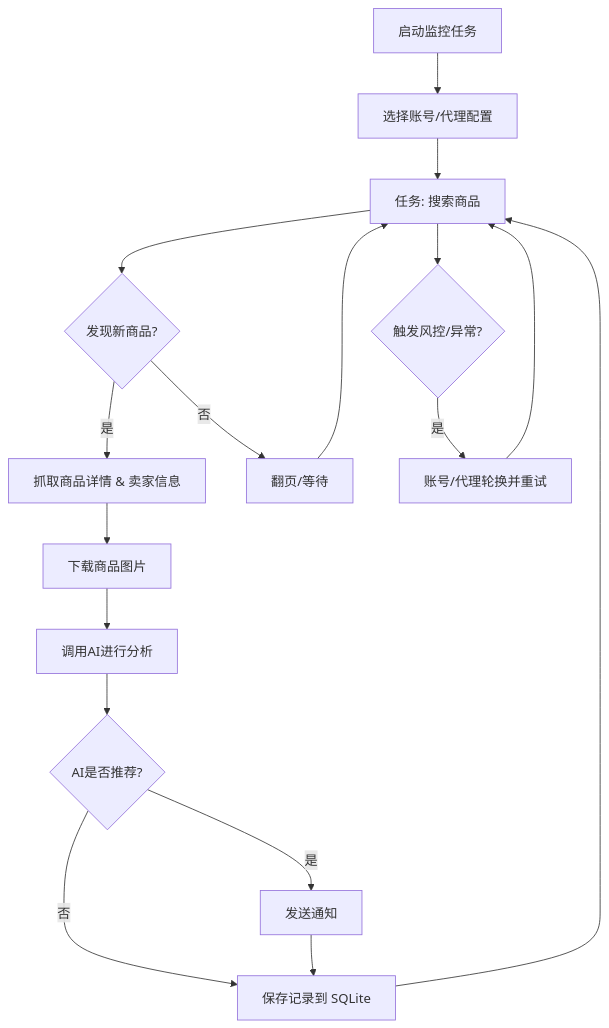
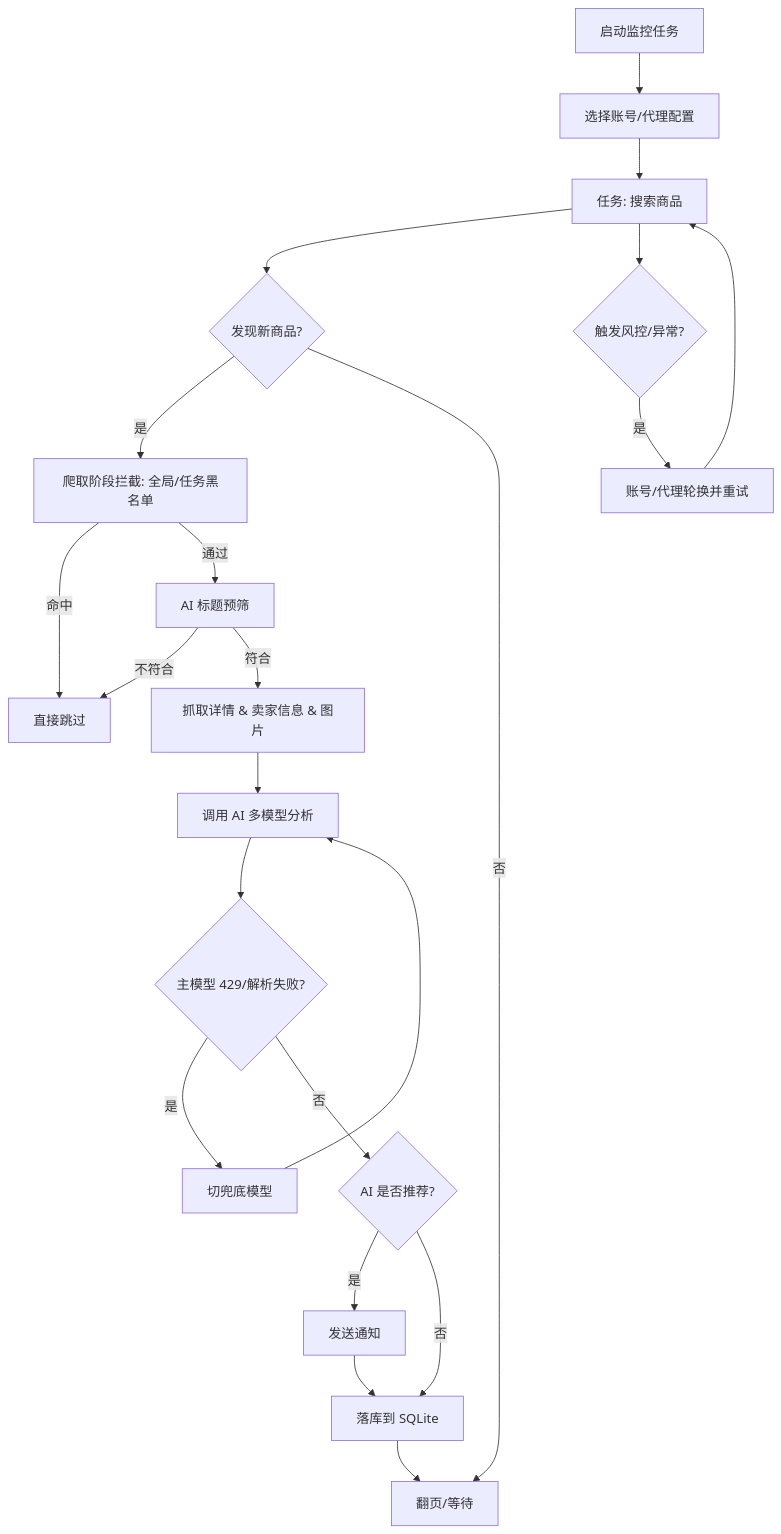
One commit to LinBlink/super-ai-goofish-monitor changed the diagram in README.md. Above: the diagram before and after it, drawn with Mermaid. The commit also changed other lines of this file and 14 other files, not shown here.

First line of the commit message:
docs(readme): 品牌独立+截图大改；UI清理品牌副标题与 PRO 角标

````diff
--- a/README.md
+++ b/README.md
@@ -279,19 +197,24 @@
 ```mermaid
 graph TD
-    A[启动监控任务] --> B[选择账号/代理配置];
-    B --> C[任务: 搜索商品];
-    C --> D{发现新商品?};
-    D -- 是 --> E[抓取商品详情 & 卖家信息];
-    E --> F[下载商品图片];
-    F --> G[调用AI进行分析];
-    G --> H{AI是否推荐?};
-    H -- 是 --> I[发送通知];
-    H -- 否 --> J[保存记录到 SQLite];
-    I --> J;
-    D -- 否 --> K[翻页/等待];
-    K --> C;
-    J --> C;
-    C --> L{触发风控/异常?};
-    L -- 是 --> M[账号/代理轮换并重试];
-    M --> C;
+    A[启动监控任务] --> B[选择账号/代理配置]
+    B --> C[任务: 搜索商品]
+    C --> D{发现新商品?}
+    D -- 是 --> E[爬取阶段拦截: 全局/任务黑名单]
+    E -- 命中 --> X[直接跳过]
+    E -- 通过 --> F[AI 标题预筛]
+    F -- 不符合 --> X
+    F -- 符合 --> G[抓取详情 & 卖家信息 & 图片]
+    G --> H[调用 AI 多模型分析]
+    H --> H1{主模型 429/解析失败?}
+    H1 -- 是 --> H2[切兜底模型]
+    H2 --> H
+    H1 -- 否 --> I{AI 是否推荐?}
+    I -- 是 --> J[发送通知]
+    I -- 否 --> K[落库到 SQLite]
+    J --> K
+    D -- 否 --> L[翻页/等待]
+    K --> L
+    C --> M{触发风控/异常?}
+    M -- 是 --> N[账号/代理轮换并重试]
+    N --> C
 ```
````
